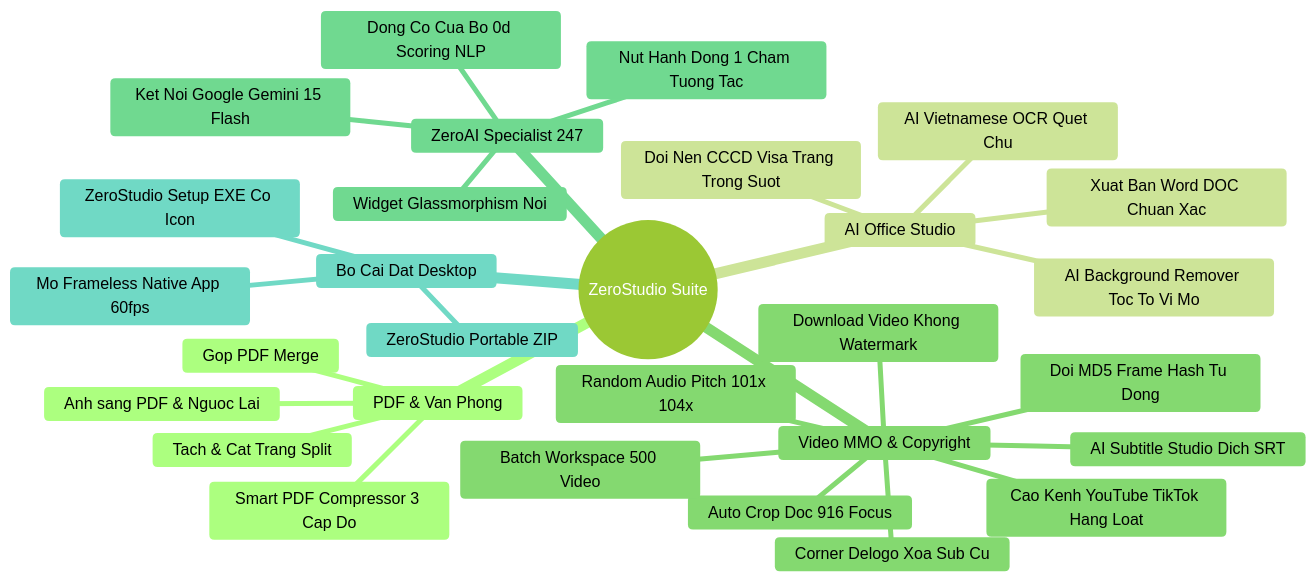
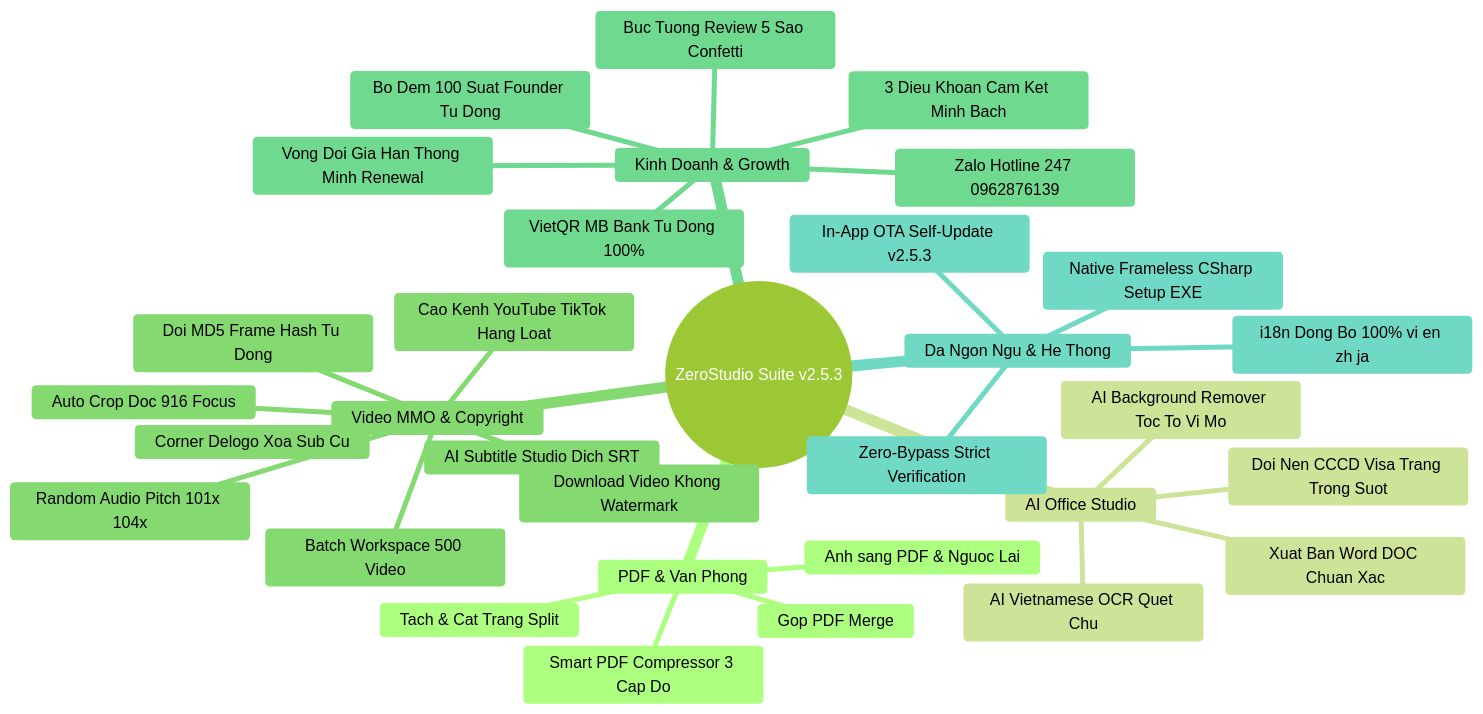
One commit to yungfishin/Zerostudio changed the first of 2 diagrams in ZEROSTUDIO_MASTER_ARCHIVE_AND_ROADMAP.md. Above: the diagram before and after it, drawn with Mermaid (forest theme). The commit also changed other lines of this file and 1 other file, not shown here.

Commit message:
docs(roadmap): update master strategic blueprint and version changelog up to v2.5.3

````diff
--- a/ZEROSTUDIO_MASTER_ARCHIVE_AND_ROADMAP.md
+++ b/ZEROSTUDIO_MASTER_ARCHIVE_AND_ROADMAP.md
@@ -36,32 +37,35 @@
 ```mermaid
 mindmap
-  root((ZeroStudio Suite))
+  root((ZeroStudio Suite v2.5.3))
     PDF & Van Phong
       Gop PDF Merge
       Tach & Cat Trang Split
       Anh sang PDF & Nguoc Lai
       Smart PDF Compressor 3 Cap Do
     AI Office Studio
       AI Background Remover Toc To Vi Mo
       Doi Nen CCCD Visa Trang Trong Suot
       AI Vietnamese OCR Quet Chu
       Xuat Ban Word DOC Chuan Xac
     Video MMO & Copyright
       Download Video Khong Watermark
       Auto Crop Doc 916 Focus
       Random Audio Pitch 101x 104x
       Corner Delogo Xoa Sub Cu
       Doi MD5 Frame Hash Tu Dong
       Cao Kenh YouTube TikTok Hang Loat
       Batch Workspace 500 Video
       AI Subtitle Studio Dich SRT
-    ZeroAI Specialist 247
-      Widget Glassmorphism Noi
-      Dong Co Cua Bo 0d Scoring NLP
-      Ket Noi Google Gemini 15 Flash
-      Nut Hanh Dong 1 Cham Tuong Tac
-    Bo Cai Dat Desktop
-      ZeroStudio Setup EXE Co Icon
-      ZeroStudio Portable ZIP
-      Mo Frameless Native App 60fps
+    Kinh Doanh & Growth
+      Bo Dem 100 Suat Founder Tu Dong
+      Vong Doi Gia Han Thong Minh Renewal
+      3 Dieu Khoan Cam Ket Minh Bach
+      VietQR MB Bank Tu Dong 100%
+      Zalo Hotline 247 0962876139
+      Buc Tuong Review 5 Sao Confetti
+    Da Ngon Ngu & He Thong
+      i18n Dong Bo 100% vi en zh ja
+      In-App OTA Self-Update v2.5.3
+      Zero-Bypass Strict Verification
+      Native Frameless CSharp Setup EXE
 ```
````
